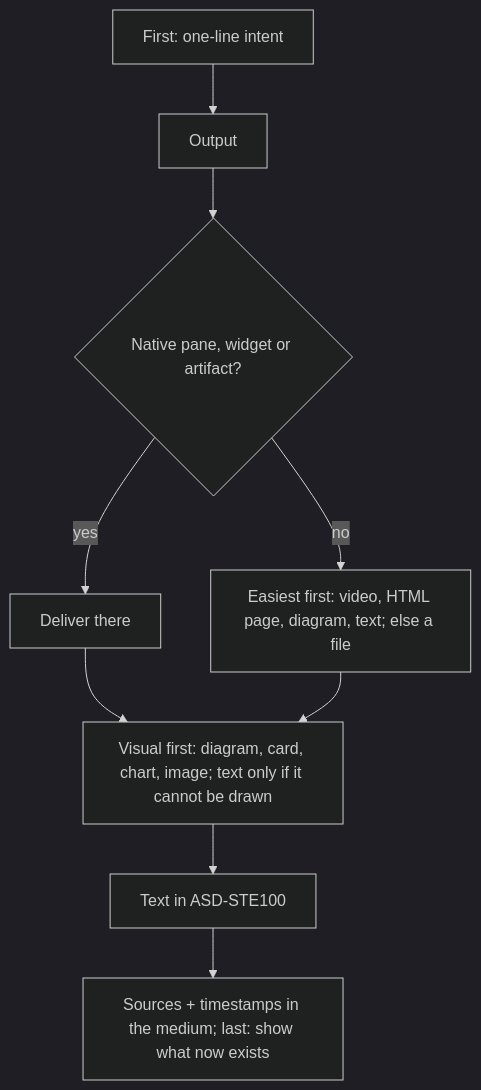
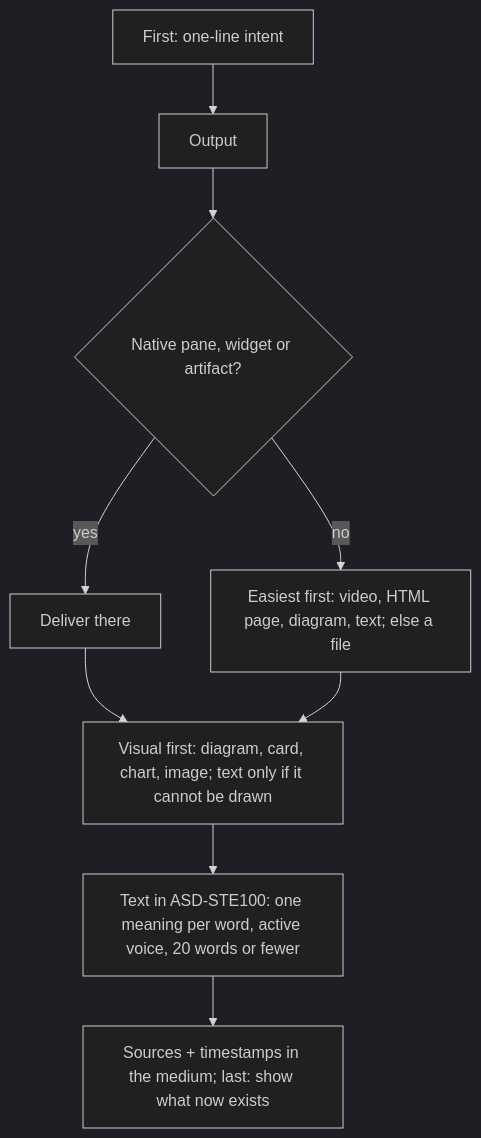
Before and after one commit to SolenixAI/arbiter: diagram 12 of 14 in AGENTS.md, drawn with Mermaid (dark theme). The commit also changed other lines of this file, not shown here.

````diff
--- a/AGENTS.md
+++ b/AGENTS.md
@@ -491,10 +498,10 @@
 ```mermaid
 flowchart TD
   IL[First: one-line intent] --> O[Output] --> N{Native pane, widget or artifact?}
   N -->|yes| V[Deliver there]
   N -->|no| F["Easiest first: video, HTML page, diagram, text; else a file"]
   V --> VF["Visual first: diagram, card, chart, image; text only if it cannot be drawn"]
   F --> VF
-  VF --> T[Text in ASD-STE100]
+  VF --> T[Text in ASD-STE100: one meaning per word, active voice, 20 words or fewer]
   T --> E["Sources + timestamps in the medium; last: show what now exists"]
 ```
````
